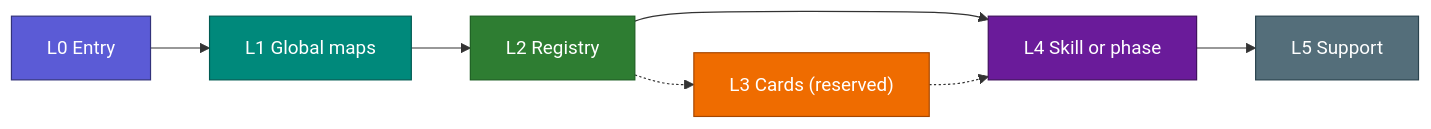
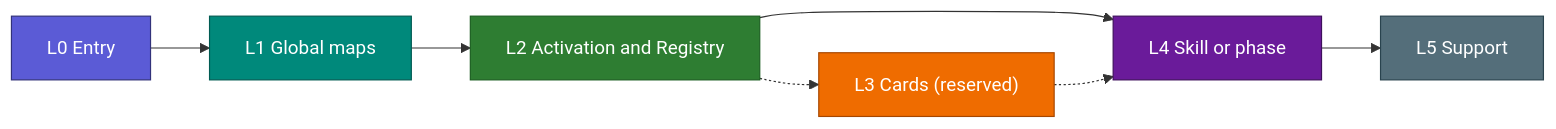
The diagram in docs/05_COLOR_LAYERS.md (geekybobz/skills_ai), drawn with Mermaid before and after one commit. The commit also changed other lines of this file and 27 other files, not shown here.

````diff
--- a/docs/05_COLOR_LAYERS.md
+++ b/docs/05_COLOR_LAYERS.md
@@ -21,19 +21,19 @@
 ```mermaid
 flowchart LR
   classDef L0 fill:#5B5BD6,color:#fff,stroke:#32327A
   classDef L1 fill:#00897B,color:#fff,stroke:#005B52
   classDef L2 fill:#2E7D32,color:#fff,stroke:#1B5E20
   classDef L3 fill:#EF6C00,color:#fff,stroke:#A64700
   classDef L4 fill:#6A1B9A,color:#fff,stroke:#3E0F5C
   classDef L5 fill:#546E7A,color:#fff,stroke:#29434E
 
-  A["L0 Entry"] --> B["L1 Global maps"] --> C["L2 Registry"] --> E["L4 Skill or phase"] --> F["L5 Support"]
+  A["L0 Entry"] --> B["L1 Global maps"] --> C["L2 Activation and Registry"] --> E["L4 Skill or phase"] --> F["L5 Support"]
   C -.-> D["L3 Cards (reserved)"] -.-> E
 
   class A L0
   class B L1
   class C L2
   class D L3
   class E L4
   class F L5
 ```
````
